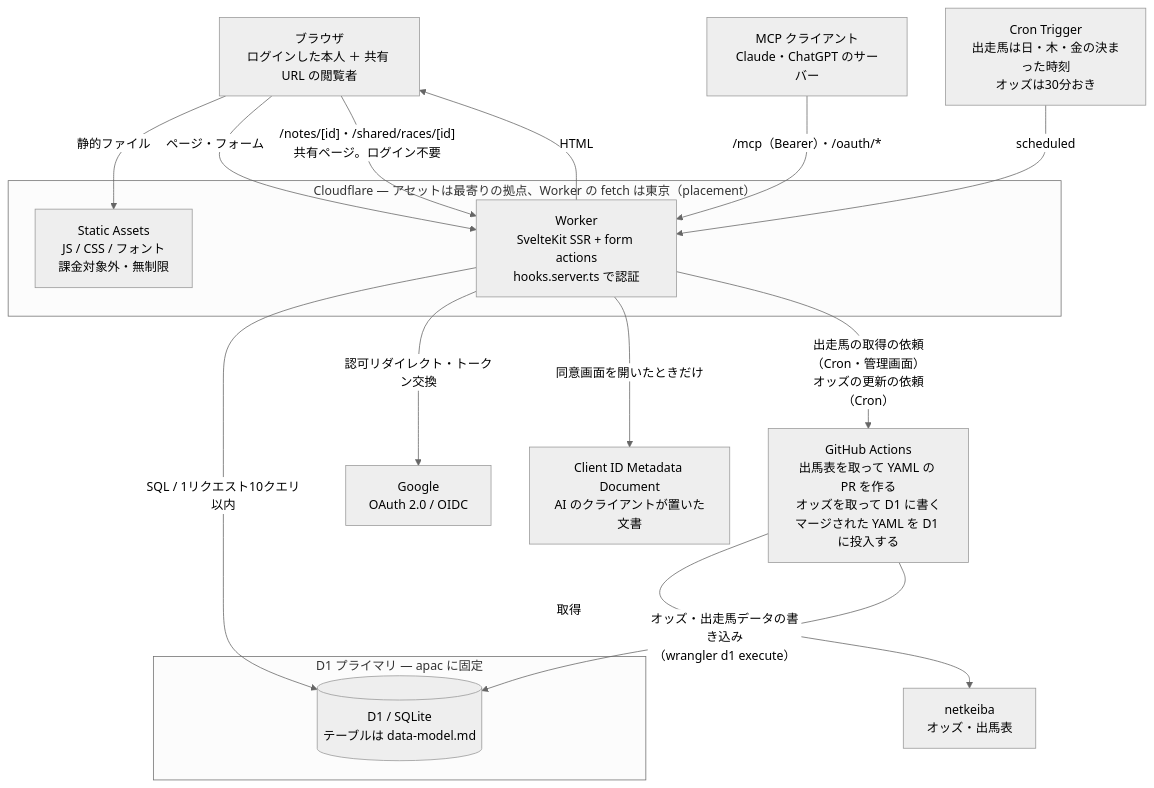
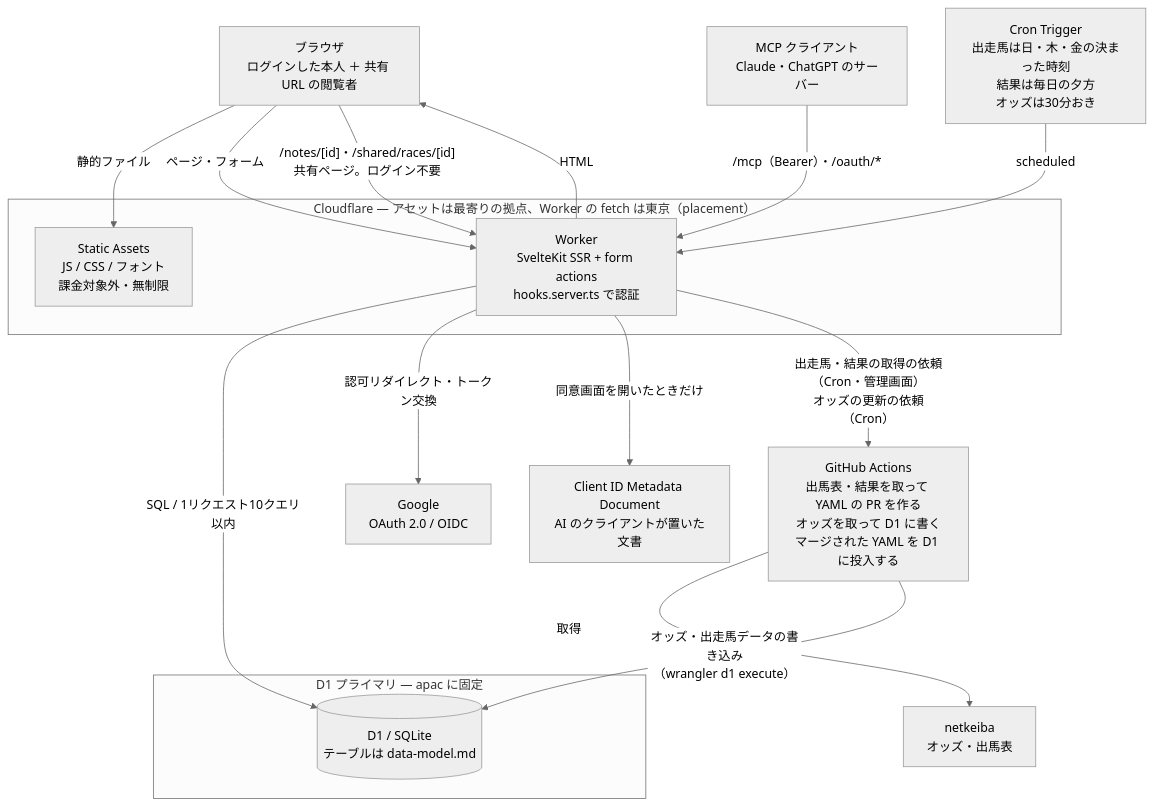
Before and after one commit to Atoyr/keiba-note: the first of 11 diagrams in docs/architecture.md, drawn with Mermaid (neutral theme). The commit also changed other lines of this file and 19 other files, not shown here.

First line of the commit message:
feat: 開催日の夕方に結果の取得を Cron から Actions に頼む

````diff
--- a/docs/architecture.md
+++ b/docs/architecture.md
@@ -84,33 +84,33 @@
 ```mermaid
 flowchart TB
     U["ブラウザ<br/>ログインした本人 ＋ 共有 URL の閲覧者"]
     AI["MCP クライアント<br/>Claude・ChatGPT のサーバー"]
 
     subgraph CF["Cloudflare — アセットは最寄りの拠点、Worker の fetch は東京（placement）"]
         A["Static Assets<br/>JS / CSS / フォント<br/>課金対象外・無制限"]
         W["Worker<br/>SvelteKit SSR + form actions<br/>hooks.server.ts で認証"]
     end
 
     subgraph APAC["D1 プライマリ — apac に固定"]
         D[("D1 / SQLite<br/>テーブルは data-model.md")]
     end
 
     G["Google<br/>OAuth 2.0 / OIDC"]
     M["Client ID Metadata Document<br/>AI のクライアントが置いた文書"]
     N["netkeiba<br/>オッズ・出馬表"]
-    GH["GitHub Actions<br/>出馬表を取って YAML の PR を作る<br/>オッズを取って D1 に書く<br/>マージされた YAML を D1 に投入する"]
-    CR["Cron Trigger<br/>出走馬は日・木・金の決まった時刻<br/>オッズは30分おき"]
+    GH["GitHub Actions<br/>出馬表・結果を取って YAML の PR を作る<br/>オッズを取って D1 に書く<br/>マージされた YAML を D1 に投入する"]
+    CR["Cron Trigger<br/>出走馬は日・木・金の決まった時刻<br/>結果は毎日の夕方<br/>オッズは30分おき"]
 
     U -->|"静的ファイル"| A
     U -->|"ページ・フォーム"| W
     U -->|"/notes/[id]・/shared/races/[id]<br/>共有ページ。ログイン不要"| W
     AI -->|"/mcp（Bearer）・/oauth/*"| W
     W -->|"SQL / 1リクエスト10クエリ以内"| D
     W -->|"認可リダイレクト・トークン交換"| G
     W -->|"同意画面を開いたときだけ"| M
     W -->|"HTML"| U
     CR -->|"scheduled"| W
-    W -->|"出走馬の取得の依頼（Cron・管理画面）<br/>オッズの更新の依頼（Cron）"| GH
+    W -->|"出走馬・結果の取得の依頼（Cron・管理画面）<br/>オッズの更新の依頼（Cron）"| GH
     GH -->|"取得"| N
     GH -->|"オッズ・出走馬データの書き込み<br/>（wrangler d1 execute）"| D
 ```
````
